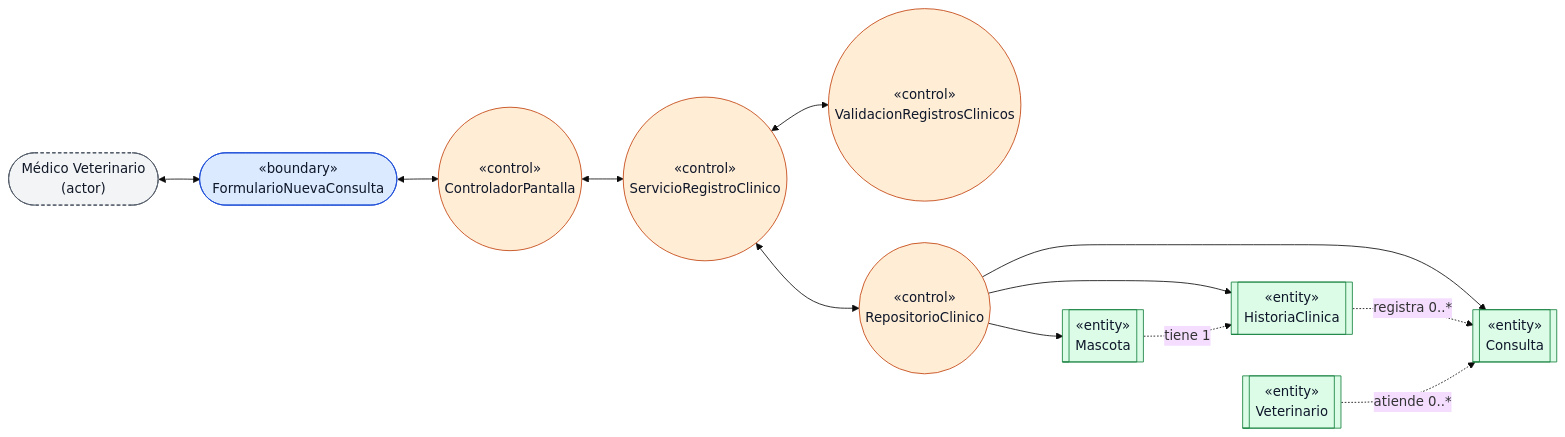
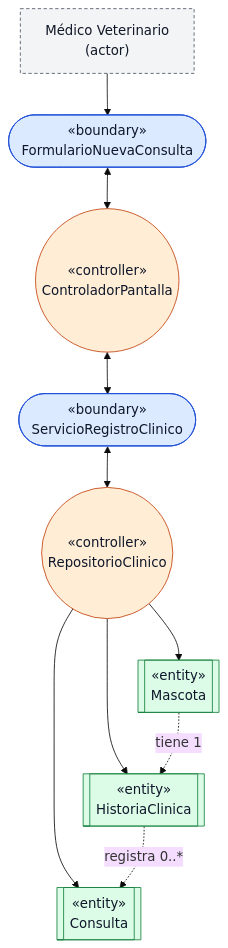
One commit to DinoMondino/sistema-gestion-veterinaria-2026 changed the first of 5 diagrams in docs/design/diseno-detallado.md. Above: the diagram before and after it, drawn with Mermaid (base theme).

Commit message:
docs(design): cambio diagrama de robustez

````diff
--- a/docs/design/diseno-detallado.md
+++ b/docs/design/diseno-detallado.md
@@ -114,38 +114,36 @@
 ```mermaid
-flowchart LR
-    vet(["Médico Veterinario<br/>(actor)"])
+    flowchart TB
+    vet["Médico Veterinario<br/>(actor)"]
 
     ui(["«boundary»<br/>FormularioNuevaConsulta"])
-
-    cp(("«control»<br/>ControladorPantalla"))
-    srv(("«control»<br/>ServicioRegistroClinico"))
-    val(("«control»<br/>ValidacionRegistrosClinicos"))
-    repo(("«control»<br/>RepositorioClinico"))
+    cp(("«controller»<br/>ControladorPantalla"))
+    api(["«boundary»<br/>ServicioRegistroClinico"])
+    repo(("«controller»<br/>RepositorioClinico"))
 
     mascota[["«entity»<br/>Mascota"]]
     historia[["«entity»<br/>HistoriaClinica"]]
     consulta[["«entity»<br/>Consulta"]]
-    veterinario[["«entity»<br/>Veterinario"]]
 
-    vet <--> ui
+    vet --> ui
     ui <--> cp
-    cp <--> srv
-    srv <--> val
-    srv <--> repo
+    cp <--> api
+    api <--> repo
+
     repo --> mascota
     repo --> historia
     repo --> consulta
 
     mascota -.->|"tiene 1"| historia
     historia -.->|"registra 0..*"| consulta
-    veterinario -.->|"atiende 0..*"| consulta
 
-    classDef actor fill:#f3f4f6,stroke:#4b5563,stroke-dasharray:4 3,color:#111827
+    classDef actor fill:#f3f4f6,stroke:#4b5563,color:#111827,stroke-dasharray:4 3
     classDef boundary fill:#dbeafe,stroke:#1d4ed8,color:#0f172a
-    classDef control fill:#ffedd5,stroke:#c2410c,color:#0f172a
+    classDef controller fill:#ffedd5,stroke:#c2410c,color:#0f172a
     classDef entity fill:#dcfce7,stroke:#15803d,color:#0f172a
+
     class vet actor
-    class ui boundary
-    class cp,rest,srv,val,repo control
-    class mascota,historia,consulta,veterinario entity
+    class ui,api boundary
+    class cp,repo controller
+    class mascota,historia,consulta entity
+
 ```
````
